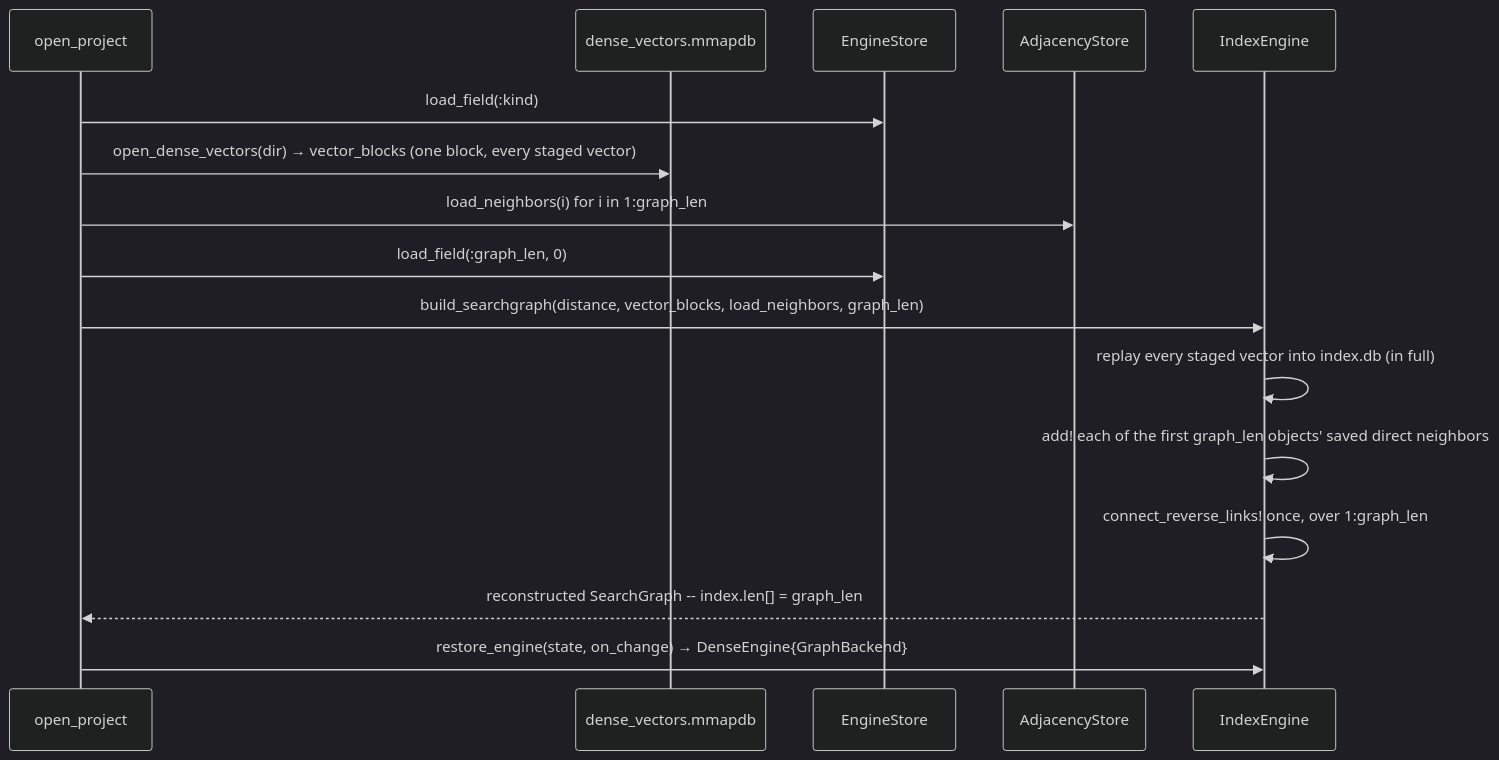
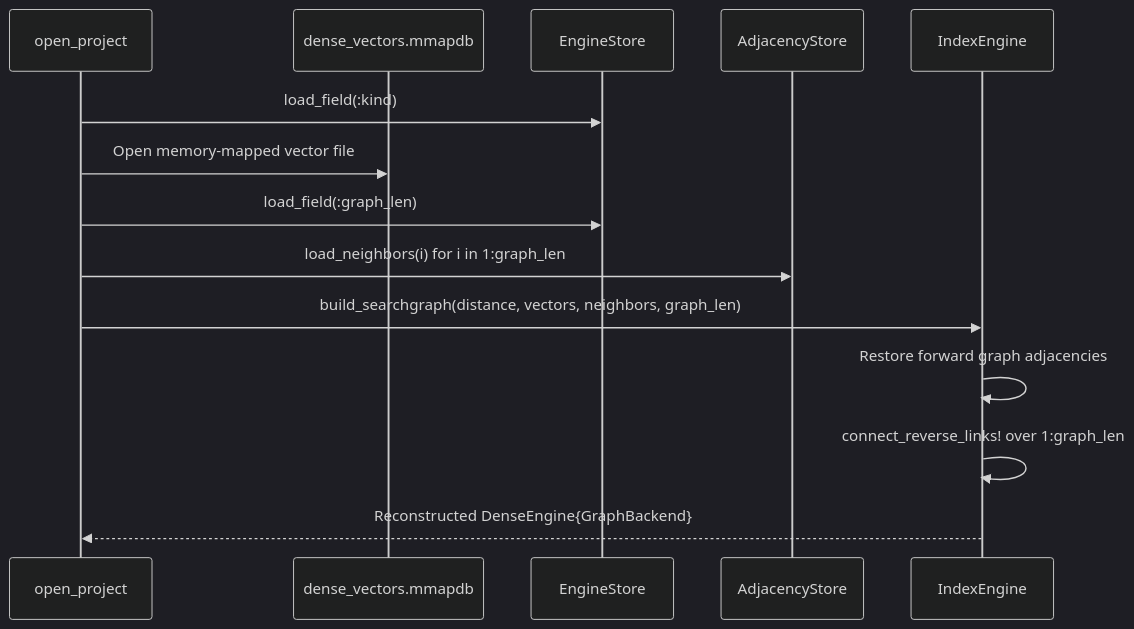
The sixth of 7 diagrams in manual/architecture.qmd (sadit/SimilaritySearchEngine.jl), drawn with Mermaid (dark theme) before and after one commit. The commit also changed other lines of this file and 9 other files, not shown here.

````diff
--- a/manual/architecture.qmd
+++ b/manual/architecture.qmd
@@ -469,19 +263,17 @@
 ```{mermaid}
 sequenceDiagram
     participant Caller as open_project
     participant MM as dense_vectors.mmapdb
     participant ES as EngineStore
     participant AS as AdjacencyStore
     participant IE as IndexEngine
 
     Caller->>ES: load_field(:kind)
-    Caller->>MM: open_dense_vectors(dir) → vector_blocks (one block, every staged vector)
+    Caller->>MM: Open memory-mapped vector file
+    Caller->>ES: load_field(:graph_len)
     Caller->>AS: load_neighbors(i) for i in 1:graph_len
-    Caller->>ES: load_field(:graph_len, 0)
-    Caller->>IE: build_searchgraph(distance, vector_blocks, load_neighbors, graph_len)
-    IE->>IE: replay every staged vector into index.db (in full)
-    IE->>IE: add! each of the first graph_len objects' saved direct neighbors
-    IE->>IE: connect_reverse_links! once, over 1:graph_len
-    IE-->>Caller: reconstructed SearchGraph -- index.len[] = graph_len
-    Caller->>IE: restore_engine(state, on_change) → DenseEngine{GraphBackend}
+    Caller->>IE: build_searchgraph(distance, vectors, neighbors, graph_len)
+    IE->>IE: Restore forward graph adjacencies
+    IE->>IE: connect_reverse_links! over 1:graph_len
+    IE-->>Caller: Reconstructed DenseEngine{GraphBackend}
 ```
````
